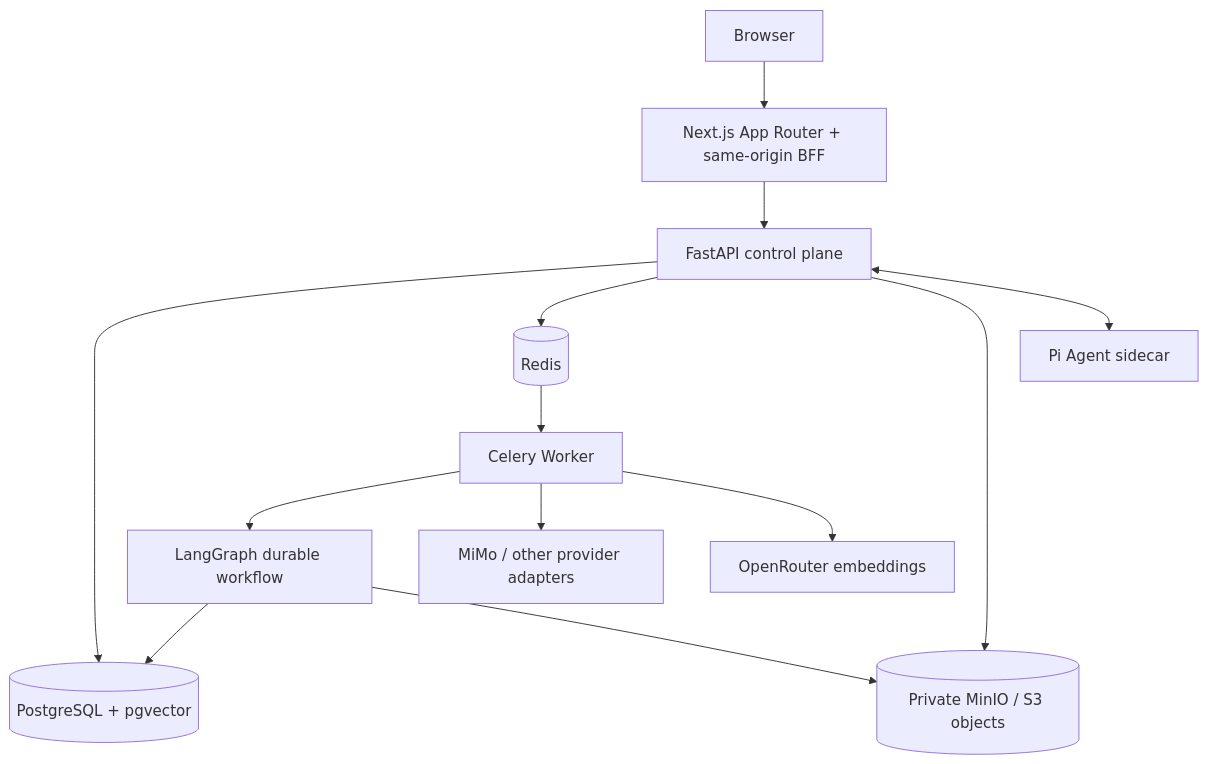
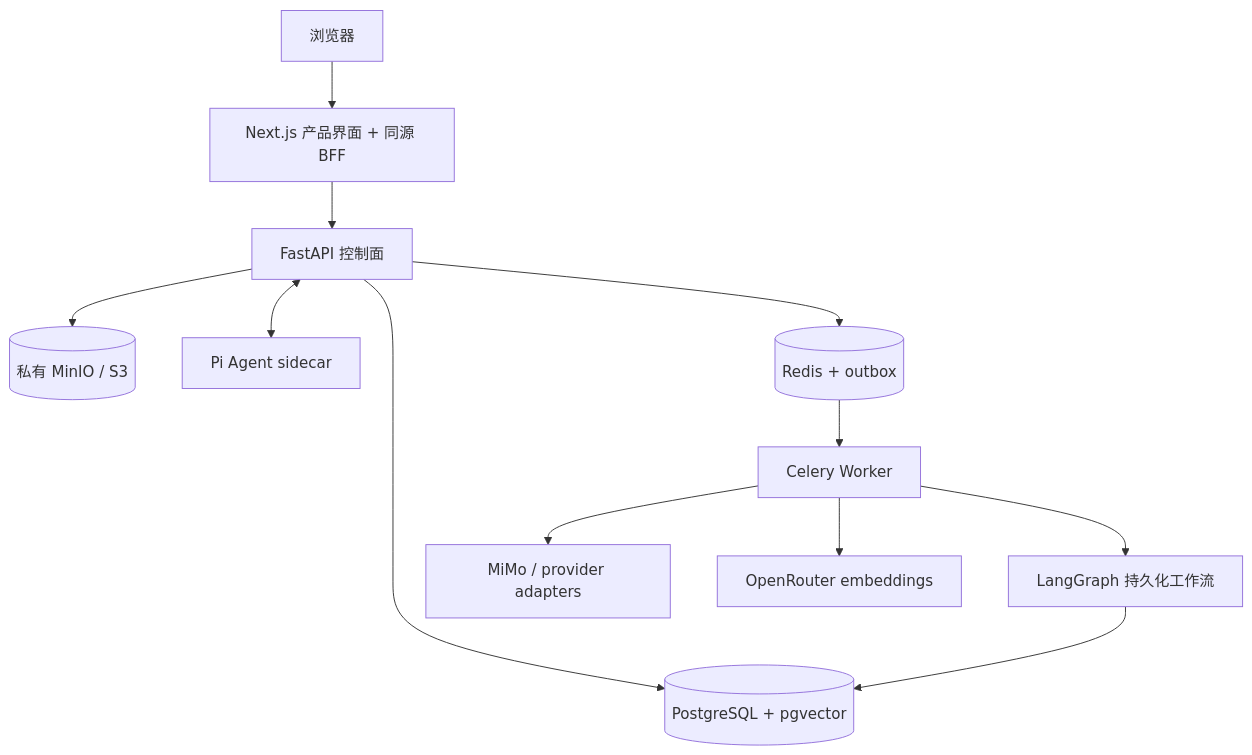
The second of 2 diagrams in README.md (AVIDS2/BidPilot), drawn with Mermaid before and after one commit. The commit also changed other lines of this file and 32 other files, not shown here.

````diff
--- a/README.md
+++ b/README.md
@@ -82,15 +259,14 @@
 ```mermaid
 flowchart TB
-    U[Browser] --> N[Next.js App Router + same-origin BFF]
-    N --> API[FastAPI control plane]
+    U[浏览器] --> N[Next.js 产品界面 + 同源 BFF]
+    N --> API[FastAPI 控制面]
     API --> DB[(PostgreSQL + pgvector)]
-    API --> Q[(Redis)]
-    API --> OBJ[(Private MinIO / S3 objects)]
+    API --> OBJ[(私有 MinIO / S3)]
     API <--> PI[Pi Agent sidecar]
+    API --> Q[(Redis + outbox)]
     Q --> W[Celery Worker]
-    W --> LG[LangGraph durable workflow]
+    W --> LG[LangGraph 持久化工作流]
     LG --> DB
-    LG --> OBJ
-    W --> M[MiMo / other provider adapters]
+    W --> M[MiMo / provider adapters]
     W --> V[OpenRouter embeddings]
 ```
````
